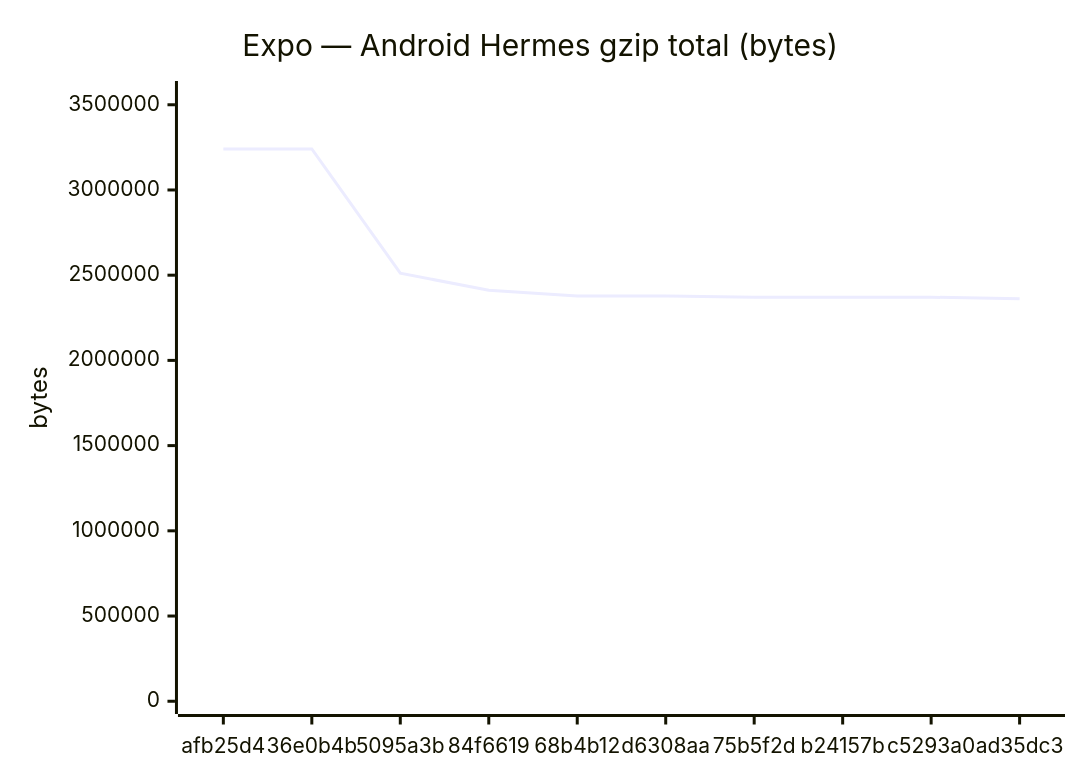
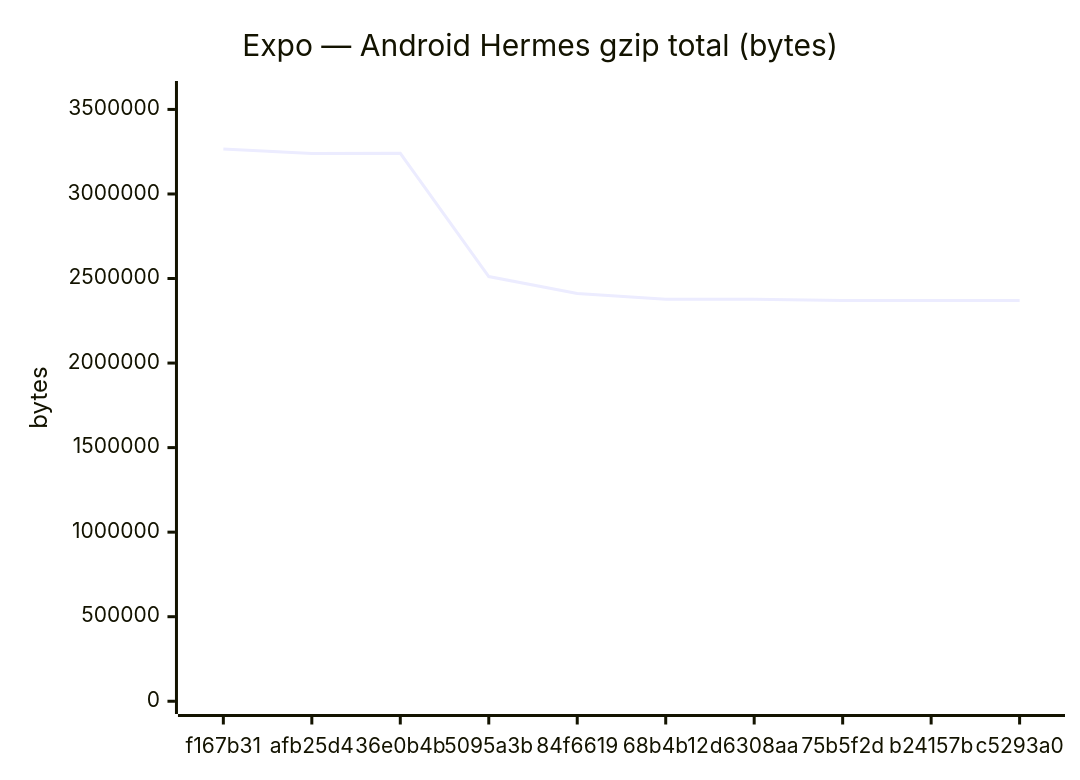
The fifth of 18 diagrams in benchmarks/compare.md (Metaheurist/Rianell), drawn with Mermaid before and after one commit. The commit also changed other lines of this file and 11 other files, not shown here.

````diff
--- a/benchmarks/compare.md
+++ b/benchmarks/compare.md
@@ -89,7 +89,7 @@
 ```mermaid
 xychart-beta
     title "Expo — Android Hermes gzip total (bytes)"
-    x-axis ["afb25d4", "36e0b4b", "5095a3b", "84f6619", "68b4b12", "d6308aa", "75b5f2d", "b24157b", "c5293a0", "ad35dc3"]
-    y-axis "bytes" 0 --> 3564603
-    line [3239886, 3240548, 2511667, 2411913, 2377489, 2377488, 2370632, 2370632, 2370634, 2362082]
+    x-axis ["f167b31", "afb25d4", "36e0b4b", "5095a3b", "84f6619", "68b4b12", "d6308aa", "75b5f2d", "b24157b", "c5293a0"]
+    y-axis "bytes" 0 --> 3592703
+    line [3266093, 3239886, 3240548, 2511667, 2411913, 2377489, 2377488, 2370632, 2370632, 2370634]
 ```
````
